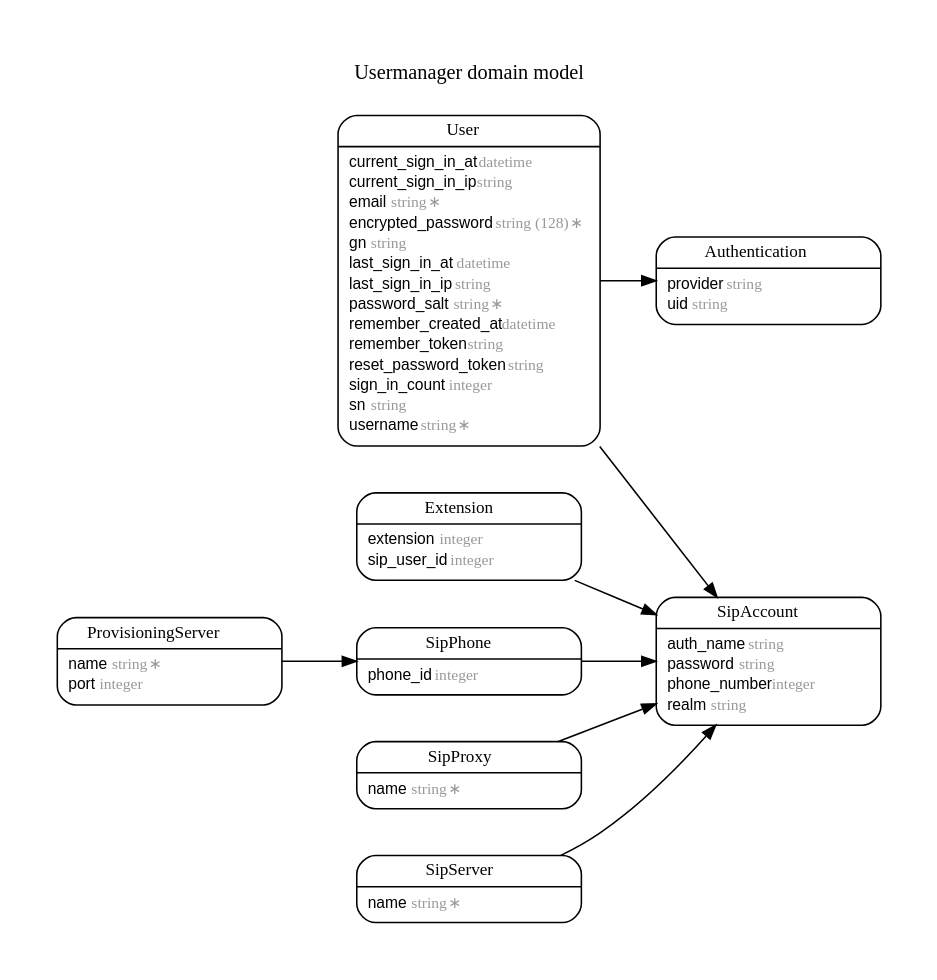
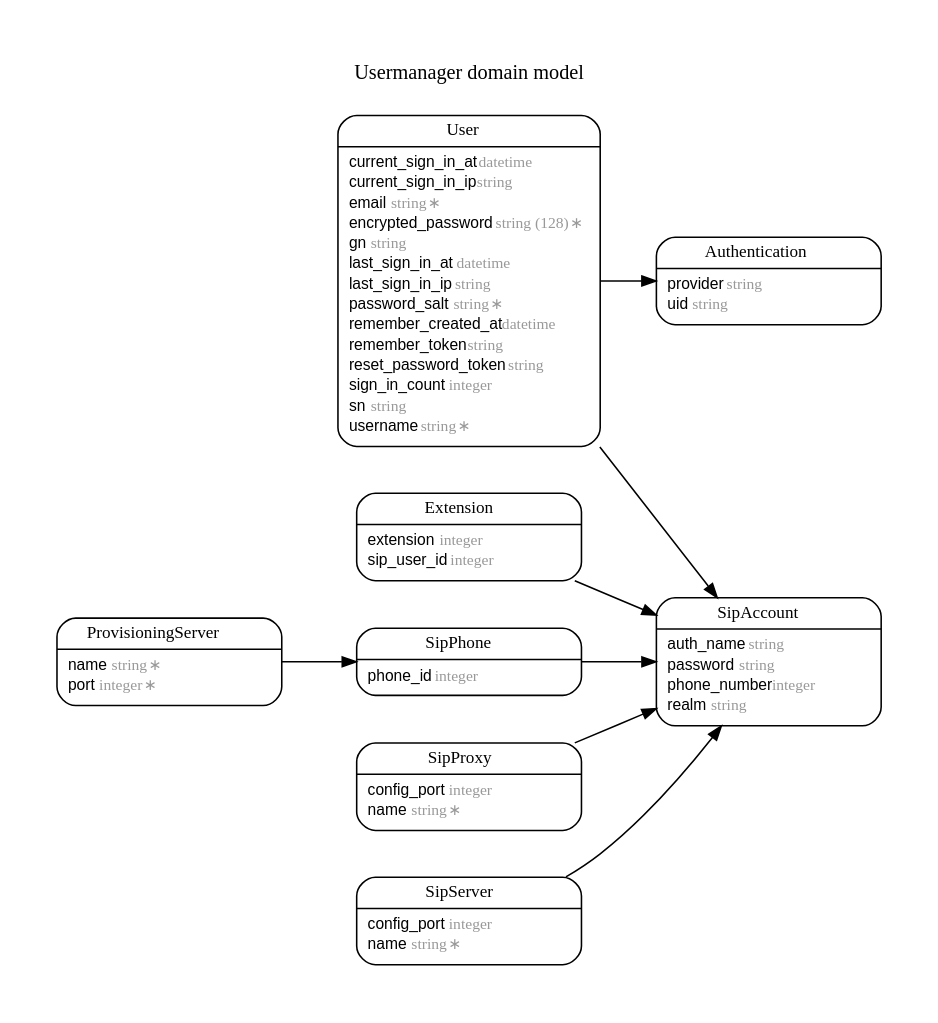
Before and after one commit to amooma/GS4: the diagram in ERD.dot, drawn with Graphviz.

Commit message:
./script/erd

```diff
--- a/ERD.dot
+++ b/ERD.dot
@@ -1,96 +1,98 @@
 digraph Usermanager {
   rankdir = "LR"; ranksep = "0.5"; nodesep = "0.4"; pad = "0.4,0.4"; margin = "0,0"; concentrate = "true"; labelloc = "t"; fontsize = "13"; fontname = "Arial Bold";
   node [shape = "Mrecord", fontsize = "10", fontname = "Arial", margin = "0.07,0.05", penwidth = "1.0"];
   edge [fontname = "Arial", fontsize = "7", dir = "both", arrowsize = "0.9", penwidth = "1.0", labelangle = "32", labeldistance = "1.8"];
   label = "Usermanager domain model\n\n";
   Authentication [label = <<table border="0" align="center" cellspacing="0.5" cellpadding="0" width="134">
   <tr><td align="center" valign="bottom" width="130"><font face="Arial Bold" point-size="11">Authentication</font></td></tr>
 </table>
 |
 <table border="0" align="left" cellspacing="2" cellpadding="0" width="134">
   <tr><td align="left" width="130" port="provider">provider <font face="Arial Italic" color="grey60">string</font></td></tr>
   <tr><td align="left" width="130" port="uid">uid <font face="Arial Italic" color="grey60">string</font></td></tr>
 </table>
 >];
   Extension [label = <<table border="0" align="center" cellspacing="0.5" cellpadding="0" width="134">
   <tr><td align="center" valign="bottom" width="130"><font face="Arial Bold" point-size="11">Extension</font></td></tr>
 </table>
 |
 <table border="0" align="left" cellspacing="2" cellpadding="0" width="134">
   <tr><td align="left" width="130" port="extension">extension <font face="Arial Italic" color="grey60">integer</font></td></tr>
   <tr><td align="left" width="130" port="sip_user_id">sip_user_id <font face="Arial Italic" color="grey60">integer</font></td></tr>
 </table>
 >];
   ProvisioningServer [label = <<table border="0" align="center" cellspacing="0.5" cellpadding="0" width="134">
   <tr><td align="center" valign="bottom" width="130"><font face="Arial Bold" point-size="11">ProvisioningServer</font></td></tr>
 </table>
 |
 <table border="0" align="left" cellspacing="2" cellpadding="0" width="134">
   <tr><td align="left" width="130" port="name">name <font face="Arial Italic" color="grey60">string ∗</font></td></tr>
-  <tr><td align="left" width="130" port="port">port <font face="Arial Italic" color="grey60">integer</font></td></tr>
+  <tr><td align="left" width="130" port="port">port <font face="Arial Italic" color="grey60">integer ∗</font></td></tr>
 </table>
 >];
   SipAccount [label = <<table border="0" align="center" cellspacing="0.5" cellpadding="0" width="134">
   <tr><td align="center" valign="bottom" width="130"><font face="Arial Bold" point-size="11">SipAccount</font></td></tr>
 </table>
 |
 <table border="0" align="left" cellspacing="2" cellpadding="0" width="134">
   <tr><td align="left" width="130" port="auth_name">auth_name <font face="Arial Italic" color="grey60">string</font></td></tr>
   <tr><td align="left" width="130" port="password">password <font face="Arial Italic" color="grey60">string</font></td></tr>
   <tr><td align="left" width="130" port="phone_number">phone_number <font face="Arial Italic" color="grey60">integer</font></td></tr>
   <tr><td align="left" width="130" port="realm">realm <font face="Arial Italic" color="grey60">string</font></td></tr>
 </table>
 >];
   SipPhone [label = <<table border="0" align="center" cellspacing="0.5" cellpadding="0" width="134">
   <tr><td align="center" valign="bottom" width="130"><font face="Arial Bold" point-size="11">SipPhone</font></td></tr>
 </table>
 |
 <table border="0" align="left" cellspacing="2" cellpadding="0" width="134">
   <tr><td align="left" width="130" port="phone_id">phone_id <font face="Arial Italic" color="grey60">integer</font></td></tr>
 </table>
 >];
   SipProxy [label = <<table border="0" align="center" cellspacing="0.5" cellpadding="0" width="134">
   <tr><td align="center" valign="bottom" width="130"><font face="Arial Bold" point-size="11">SipProxy</font></td></tr>
 </table>
 |
 <table border="0" align="left" cellspacing="2" cellpadding="0" width="134">
+  <tr><td align="left" width="130" port="config_port">config_port <font face="Arial Italic" color="grey60">integer</font></td></tr>
   <tr><td align="left" width="130" port="name">name <font face="Arial Italic" color="grey60">string ∗</font></td></tr>
 </table>
 >];
   SipServer [label = <<table border="0" align="center" cellspacing="0.5" cellpadding="0" width="134">
   <tr><td align="center" valign="bottom" width="130"><font face="Arial Bold" point-size="11">SipServer</font></td></tr>
 </table>
 |
 <table border="0" align="left" cellspacing="2" cellpadding="0" width="134">
+  <tr><td align="left" width="130" port="config_port">config_port <font face="Arial Italic" color="grey60">integer</font></td></tr>
   <tr><td align="left" width="130" port="name">name <font face="Arial Italic" color="grey60">string ∗</font></td></tr>
 </table>
 >];
   User [label = <<table border="0" align="center" cellspacing="0.5" cellpadding="0" width="134">
   <tr><td align="center" valign="bottom" width="130"><font face="Arial Bold" point-size="11">User</font></td></tr>
 </table>
 |
 <table border="0" align="left" cellspacing="2" cellpadding="0" width="134">
   <tr><td align="left" width="130" port="current_sign_in_at">current_sign_in_at <font face="Arial Italic" color="grey60">datetime</font></td></tr>
   <tr><td align="left" width="130" port="current_sign_in_ip">current_sign_in_ip <font face="Arial Italic" color="grey60">string</font></td></tr>
   <tr><td align="left" width="130" port="email">email <font face="Arial Italic" color="grey60">string ∗</font></td></tr>
   <tr><td align="left" width="130" port="encrypted_password">encrypted_password <font face="Arial Italic" color="grey60">string (128) ∗</font></td></tr>
   <tr><td align="left" width="130" port="gn">gn <font face="Arial Italic" color="grey60">string</font></td></tr>
   <tr><td align="left" width="130" port="last_sign_in_at">last_sign_in_at <font face="Arial Italic" color="grey60">datetime</font></td></tr>
   <tr><td align="left" width="130" port="last_sign_in_ip">last_sign_in_ip <font face="Arial Italic" color="grey60">string</font></td></tr>
   <tr><td align="left" width="130" port="password_salt">password_salt <font face="Arial Italic" color="grey60">string ∗</font></td></tr>
   <tr><td align="left" width="130" port="remember_created_at">remember_created_at <font face="Arial Italic" color="grey60">datetime</font></td></tr>
   <tr><td align="left" width="130" port="remember_token">remember_token <font face="Arial Italic" color="grey60">string</font></td></tr>
   <tr><td align="left" width="130" port="reset_password_token">reset_password_token <font face="Arial Italic" color="grey60">string</font></td></tr>
   <tr><td align="left" width="130" port="sign_in_count">sign_in_count <font face="Arial Italic" color="grey60">integer</font></td></tr>
   <tr><td align="left" width="130" port="sn">sn <font face="Arial Italic" color="grey60">string</font></td></tr>
   <tr><td align="left" width="130" port="username">username <font face="Arial Italic" color="grey60">string ∗</font></td></tr>
 </table>
 >];
   User -> Authentication [arrowhead = "normal", arrowtail = "none", weight = "2"]
   User -> SipAccount [arrowhead = "normal", arrowtail = "none", weight = "2"]
   Extension -> SipAccount [arrowhead = "normal", arrowtail = "none", weight = "2"]
   ProvisioningServer -> SipPhone [arrowhead = "normal", arrowtail = "none", weight = "2"]
   SipServer -> SipAccount [arrowhead = "normal", arrowtail = "none", weight = "2"]
   SipProxy -> SipAccount [arrowhead = "normal", arrowtail = "none", weight = "2"]
   SipPhone -> SipAccount [arrowhead = "normal", arrowtail = "none", weight = "2"]
 }
```
